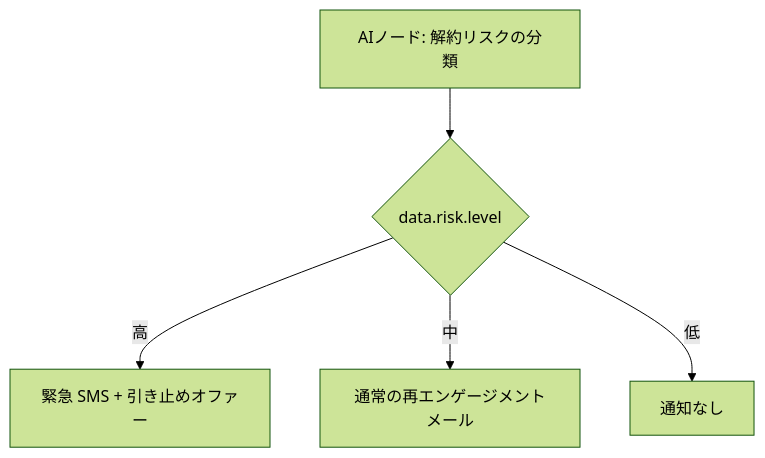
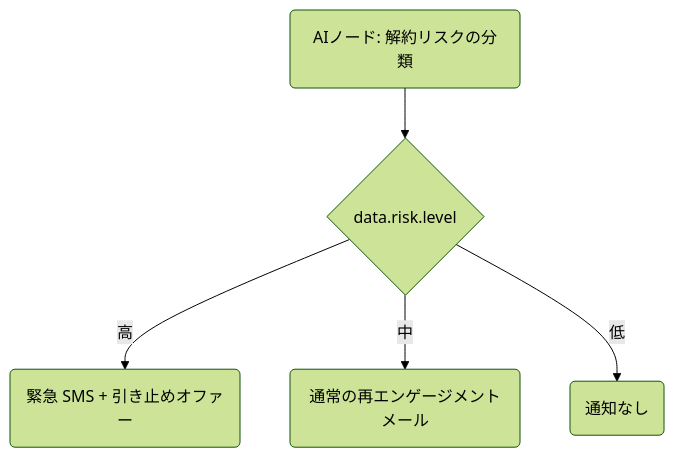
Before and after one commit to KriyanshKhunt/nexus_docs: the second of 2 diagrams in content/docs/ja/platform/features/ai-workflow-node.mdx, drawn with Mermaid (forest theme). The commit also changed other lines of this file and 20 other files, not shown here.

Commit message:
Handle ja Mermaid charts

````diff
--- a/content/docs/ja/platform/features/ai-workflow-node.mdx
+++ b/content/docs/ja/platform/features/ai-workflow-node.mdx
@@ -73,7 +73,7 @@
 ```mermaid
 flowchart TD
-  AI[AIノード: 解約リスクの分類] --> C{data.risk.level}
-  C -->|高| SMS[緊急 SMS + 引き止めオファー]
-  C -->|中| Email[通常の再エンゲージメントメール]
-  C -->|低| Skip[通知なし]
+  AI(AIノード: 解約リスクの分類) --> C{data.risk.level}
+  C -->|高| SMS(緊急 SMS + 引き止めオファー)
+  C -->|中| Email(通常の再エンゲージメントメール)
+  C -->|低| Skip(通知なし)
 ```
````
